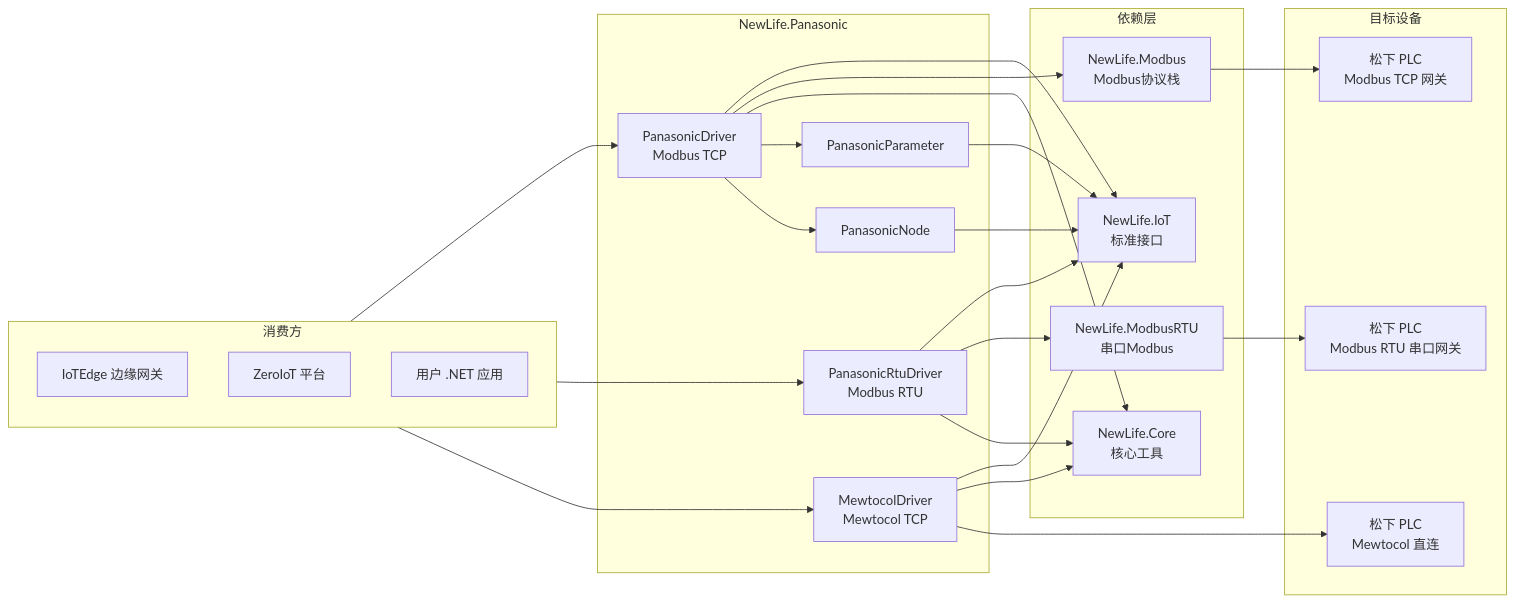
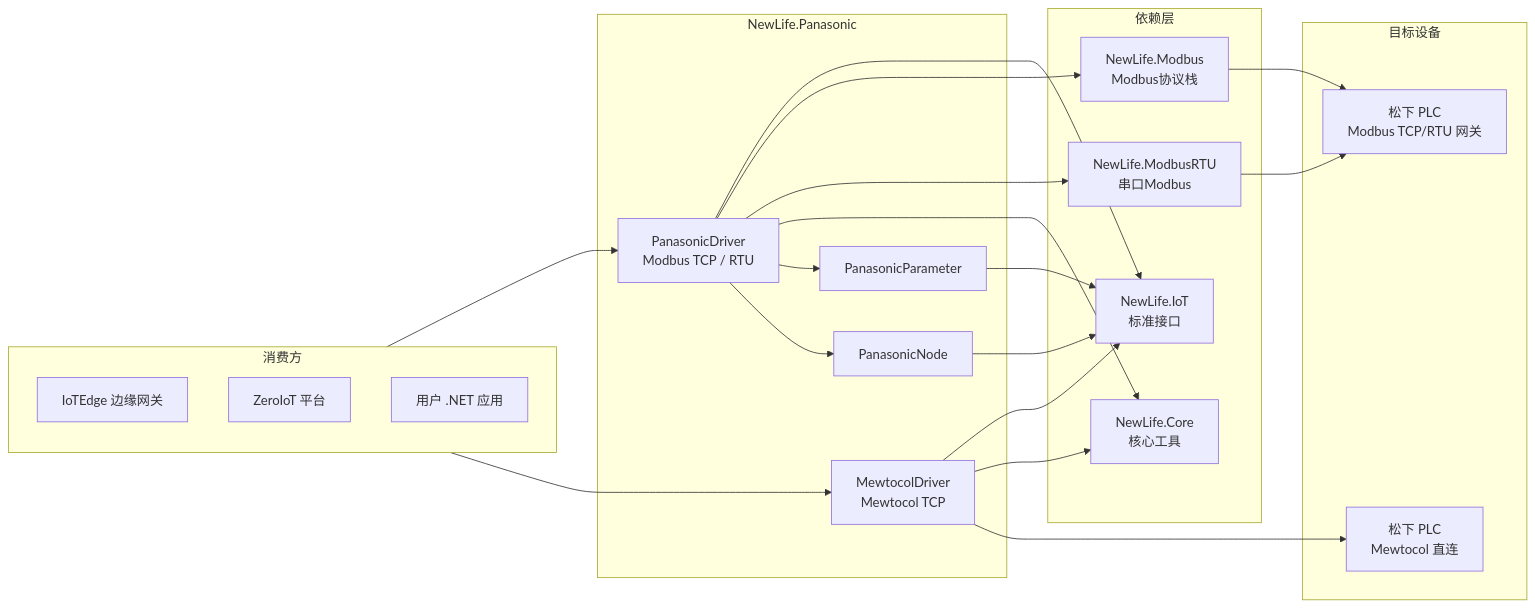
Before and after one commit to NewLifeX/NewLife.Panasonic: the first of 3 diagrams in Doc/架构设计.md, drawn with Mermaid. The commit also changed other lines of this file and 8 other files, not shown here.

Commit message:
refactor: 统一PanasonicDriver/PanasonicParameter，合并TCP+RTU, 删除PanasonicRtuDriver/Parameter

````diff
--- a/Doc/架构设计.md
+++ b/Doc/架构设计.md
@@ -11,48 +11,43 @@
 ```mermaid
 flowchart LR
     subgraph 消费方
         IoTEdge[IoTEdge 边缘网关]
         ZeroIoT[ZeroIoT 平台]
         用户代码[用户 .NET 应用]
     end
 
     subgraph NewLife.Panasonic
-        Driver[PanasonicDriver<br/>Modbus TCP]
-        DriverRTU[PanasonicRtuDriver<br/>Modbus RTU]
+        Driver[PanasonicDriver<br/>Modbus TCP / RTU]
         Mewtocol[MewtocolDriver<br/>Mewtocol TCP]
         Node[PanasonicNode]
         Param[PanasonicParameter]
     end
 
     subgraph 依赖层
         NewLife.IoT[NewLife.IoT<br/>标准接口]
         NewLife.Modbus[NewLife.Modbus<br/>Modbus协议栈]
         NewLife.ModbusRTU[NewLife.ModbusRTU<br/>串口Modbus]
         NewLife.Core[NewLife.Core<br/>核心工具]
     end
 
     subgraph 目标设备
-        PLC[松下 PLC<br/>Modbus TCP 网关]
-        PLCRTU[松下 PLC<br/>Modbus RTU 串口网关]
+        PLC[松下 PLC<br/>Modbus TCP/RTU 网关]
         PLCMew[松下 PLC<br/>Mewtocol 直连]
     end
 
     消费方 --> Driver
-    消费方 --> DriverRTU
     消费方 --> Mewtocol
     Driver --> NewLife.IoT
     Driver --> NewLife.Modbus
+    Driver --> NewLife.ModbusRTU
     Driver --> NewLife.Core
-    DriverRTU --> NewLife.IoT
-    DriverRTU --> NewLife.ModbusRTU
-    DriverRTU --> NewLife.Core
     Mewtocol --> NewLife.IoT
     Mewtocol --> NewLife.Core
     Node --> NewLife.IoT
     Param --> NewLife.IoT
     Driver --> Param
     Driver --> Node
     NewLife.Modbus --> PLC
-    NewLife.ModbusRTU --> PLCRTU
+    NewLife.ModbusRTU --> PLC
     Mewtocol --> PLCMew
 ```
````
